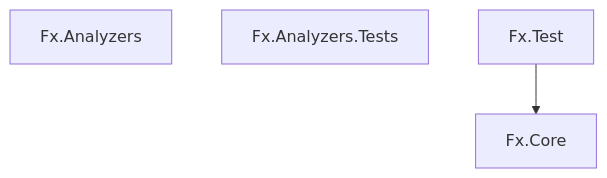
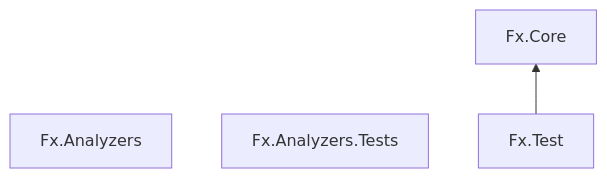
The diagram in graph.md (ravudet/Fx.Core), drawn with Mermaid before and after one commit.

````diff
--- a/graph.md
+++ b/graph.md
@@ -1,7 +1,7 @@
 ```mermaid
-flowchart TD
+flowchart BT
 	Fx.Core
 	Fx.Analyzers
 	Fx.Analyzers.Tests
 	Fx.Test --> Fx.Core
 ```
````
